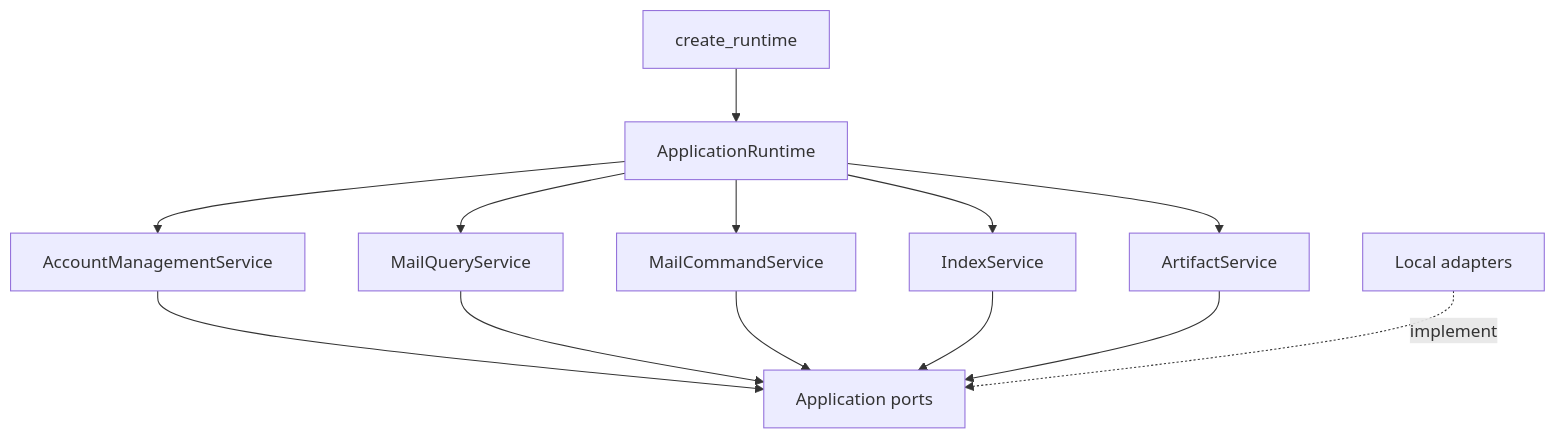
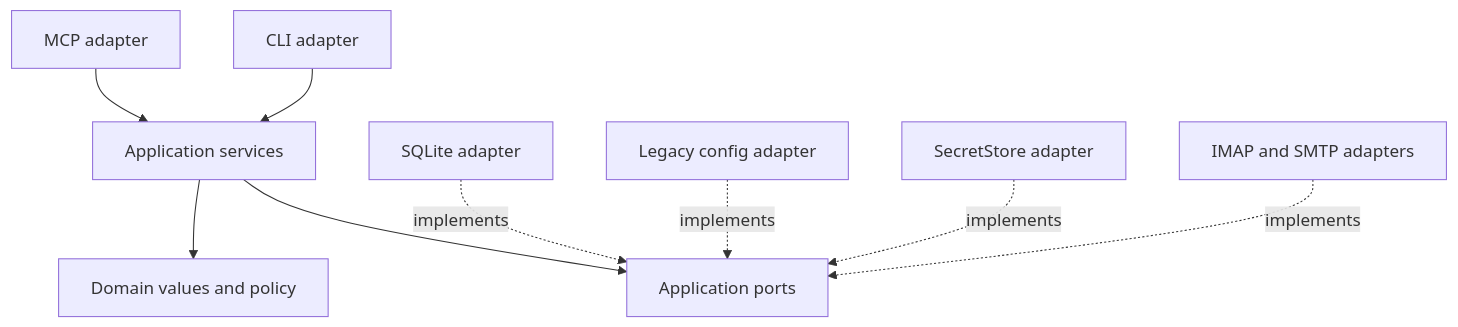
Before and after one commit to Wh1isper/mcp-email-server: the diagram in spec/02-application-boundaries.md, drawn with Mermaid. The commit also changed other lines of this file and 14 other files, not shown here.

Commit message:
refactor: establish local email app MVP baseline

````diff
--- a/spec/02-application-boundaries.md
+++ b/spec/02-application-boundaries.md
@@ -25,25 +17,21 @@
 ```mermaid
-flowchart TD
-    BOOT[create_runtime]
-    RUNTIME[ApplicationRuntime]
-    ACCOUNTS[AccountManagementService]
-    QUERIES[MailQueryService]
-    COMMANDS[MailCommandService]
-    INDEX[IndexService]
-    ARTIFACTS[ArtifactService]
+graph TD
+    MCP[MCP adapter]
+    CLI[CLI adapter]
+    APP[Application services]
+    DOMAIN[Domain values and policy]
     PORTS[Application ports]
-    ADAPTERS[Local adapters]
+    SQLITE[SQLite adapter]
+    LEGACY[Legacy config adapter]
+    SECRET[SecretStore adapter]
+    MAIL[IMAP and SMTP adapters]
 
-    BOOT --> RUNTIME
-    RUNTIME --> ACCOUNTS
-    RUNTIME --> QUERIES
-    RUNTIME --> COMMANDS
-    RUNTIME --> INDEX
-    RUNTIME --> ARTIFACTS
-    ACCOUNTS --> PORTS
-    QUERIES --> PORTS
-    COMMANDS --> PORTS
-    INDEX --> PORTS
-    ARTIFACTS --> PORTS
-    ADAPTERS -. implement .-> PORTS
+    MCP --> APP
+    CLI --> APP
+    APP --> DOMAIN
+    APP --> PORTS
+    SQLITE -. implements .-> PORTS
+    LEGACY -. implements .-> PORTS
+    SECRET -. implements .-> PORTS
+    MAIL -. implements .-> PORTS
 ```
````
